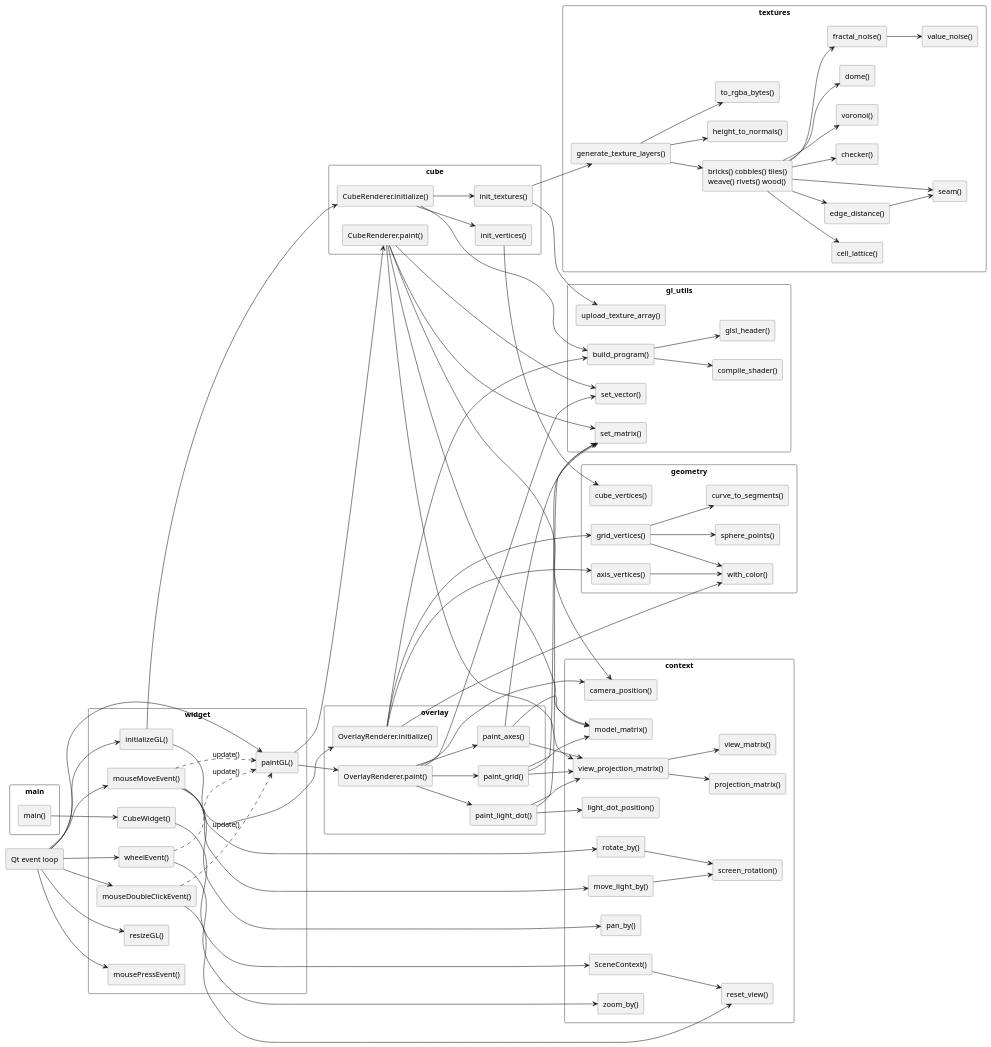
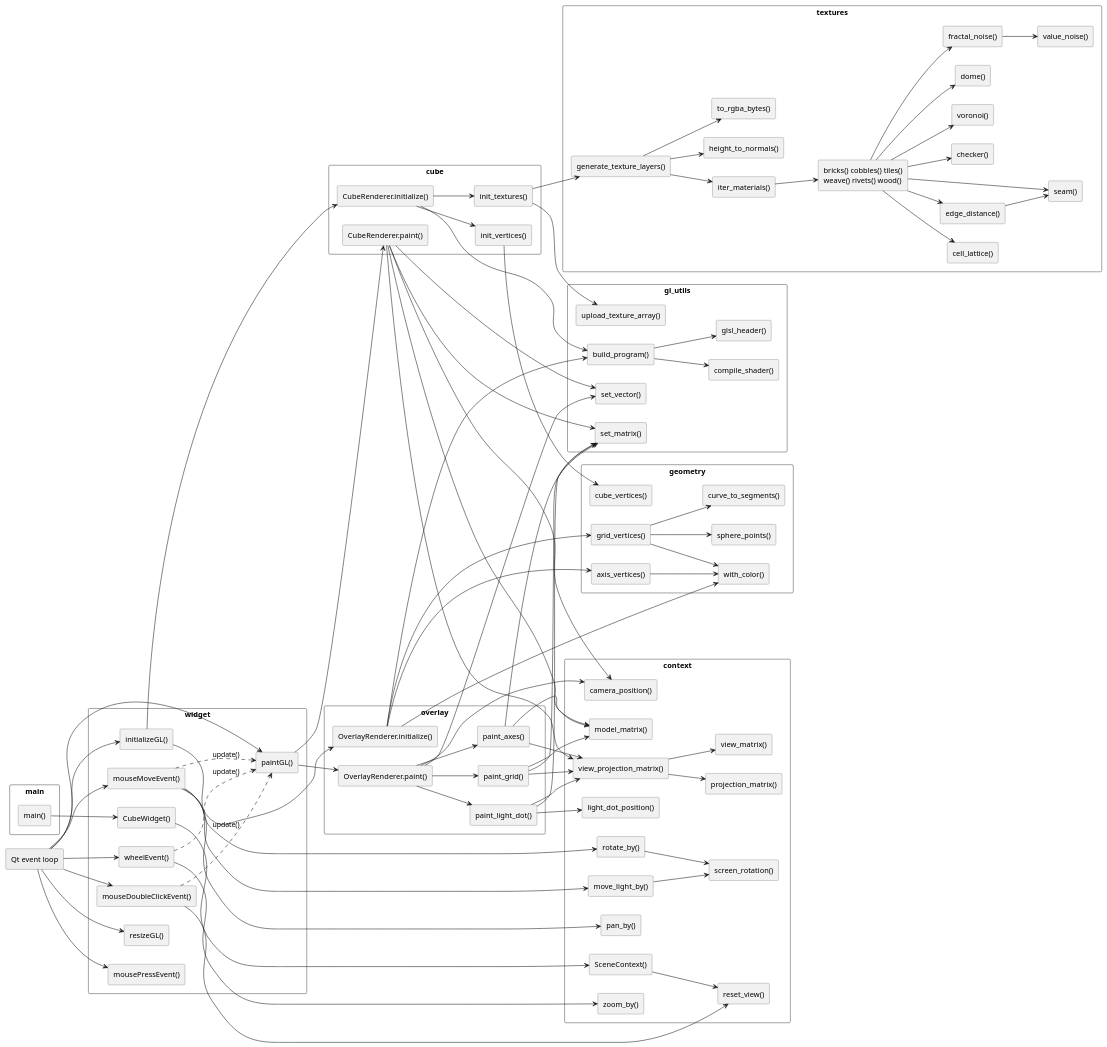
Before and after one commit to esba1ley/opengl_python_qt6_test: the diagram in docs/diagrams/calls.puml, drawn with PlantUML. The commit also changed 3 other files, not shown here.

```diff
--- a/docs/diagrams/calls.puml
+++ b/docs/diagrams/calls.puml
@@ -1,170 +1,172 @@
 @startuml calls
 ' Call graph, hand-drawn: every function reachable from main(), grouped by
 ' module. selftest is omitted, and the small texture helpers (smoothstep, mix,
 ' uv_grid) are folded into the generators that use them. Keep in step with
 ' src/; see .claude/CLAUDE.md.
 left to right direction
 skinparam shadowing false
 skinparam rectangleBorderColor #555555
 skinparam packageStyle rectangle
 
 rectangle "Qt event loop" as qt #EEEEEE
 
 package main {
   rectangle "main()" as main_main
 }
 
 package widget {
   rectangle "CubeWidget()" as w_init
   rectangle "initializeGL()" as w_initgl
   rectangle "resizeGL()" as w_resize
   rectangle "paintGL()" as w_paint
   rectangle "mousePressEvent()" as w_press
   rectangle "mouseMoveEvent()" as w_move
   rectangle "wheelEvent()" as w_wheel
   rectangle "mouseDoubleClickEvent()" as w_dbl
 }
 
 package context {
   rectangle "SceneContext()" as c_init
   rectangle "reset_view()" as c_reset
   rectangle "rotate_by()" as c_rot
   rectangle "move_light_by()" as c_light
   rectangle "pan_by()" as c_pan
   rectangle "zoom_by()" as c_zoom
   rectangle "screen_rotation()" as c_screen
   rectangle "model_matrix()" as c_model
   rectangle "view_projection_matrix()" as c_vp
   rectangle "view_matrix()" as c_view
   rectangle "projection_matrix()" as c_proj
   rectangle "camera_position()" as c_cam
   rectangle "light_dot_position()" as c_dot
 }
 
 package cube {
   rectangle "CubeRenderer.initialize()" as k_init
   rectangle "init_textures()" as k_tex
   rectangle "init_vertices()" as k_vert
   rectangle "CubeRenderer.paint()" as k_paint
 }
 
 package overlay {
   rectangle "OverlayRenderer.initialize()" as o_init
   rectangle "OverlayRenderer.paint()" as o_paint
   rectangle "paint_grid()" as o_grid
   rectangle "paint_axes()" as o_axes
   rectangle "paint_light_dot()" as o_dot
 }
 
 package gl_utils {
   rectangle "build_program()" as g_build
   rectangle "compile_shader()" as g_compile
   rectangle "glsl_header()" as g_header
   rectangle "upload_texture_array()" as g_upload
   rectangle "set_matrix()" as g_mat
   rectangle "set_vector()" as g_vec
 }
 
 package geometry {
   rectangle "cube_vertices()" as ge_cube
   rectangle "grid_vertices()" as ge_grid
   rectangle "axis_vertices()" as ge_axes
   rectangle "sphere_points()" as ge_sphere
   rectangle "curve_to_segments()" as ge_segs
   rectangle "with_color()" as ge_color
 }
 
 package textures {
   rectangle "generate_texture_layers()" as t_gen
+  rectangle "iter_materials()" as t_iter
   rectangle "bricks() cobbles() tiles()\nweave() rivets() wood()" as t_mats
   rectangle "cell_lattice()" as t_lattice
   rectangle "edge_distance()" as t_edge
   rectangle "seam()" as t_seam
   rectangle "checker()" as t_checker
   rectangle "voronoi()" as t_voronoi
   rectangle "dome()" as t_dome
   rectangle "fractal_noise()" as t_fractal
   rectangle "value_noise()" as t_value
   rectangle "height_to_normals()" as t_normals
   rectangle "to_rgba_bytes()" as t_rgba
 }
 
 ' --- startup ---
 main_main --> w_init
 w_init --> c_init
 c_init --> c_reset
 qt --> w_initgl
 qt --> w_resize
 w_initgl --> k_init
 w_initgl --> o_init
 k_init --> g_build
 k_init --> k_tex
 k_init --> k_vert
 g_build --> g_header
 g_build --> g_compile
 k_tex --> t_gen
 k_tex --> g_upload
 k_vert --> ge_cube
-t_gen --> t_mats
+t_gen --> t_iter
+t_iter --> t_mats
 t_gen --> t_normals
 t_gen --> t_rgba
 t_mats --> t_lattice
 t_mats --> t_edge
 t_mats --> t_seam
 t_mats --> t_checker
 t_mats --> t_voronoi
 t_mats --> t_dome
 t_mats --> t_fractal
 t_edge --> t_seam
 t_fractal --> t_value
 o_init --> g_build
 o_init --> ge_grid
 o_init --> ge_axes
 o_init --> ge_color
 ge_grid --> ge_sphere
 ge_grid --> ge_segs
 ge_grid --> ge_color
 ge_axes --> ge_color
 
 ' --- each frame ---
 qt --> w_paint
 w_paint --> k_paint
 w_paint --> o_paint
 k_paint --> c_model
 k_paint --> c_vp
 k_paint --> c_cam
 k_paint --> g_mat
 k_paint --> g_vec
 o_paint --> c_cam
 o_paint --> g_vec
 o_paint --> o_grid
 o_paint --> o_axes
 o_paint --> o_dot
 o_grid --> c_model
 o_grid --> c_vp
 o_grid --> g_mat
 o_axes --> c_model
 o_axes --> c_vp
 o_axes --> g_mat
 o_dot --> c_dot
 o_dot --> c_vp
 o_dot --> g_mat
 c_vp --> c_view
 c_vp --> c_proj
 
 ' --- mouse ---
 qt --> w_press
 qt --> w_move
 qt --> w_wheel
 qt --> w_dbl
 w_move --> c_rot
 w_move --> c_light
 w_move --> c_pan
 w_wheel --> c_zoom
 w_dbl --> c_reset
 c_rot --> c_screen
 c_light --> c_screen
 w_move ..> w_paint : update()
 w_wheel ..> w_paint : update()
 w_dbl ..> w_paint : update()
 @enduml
```
